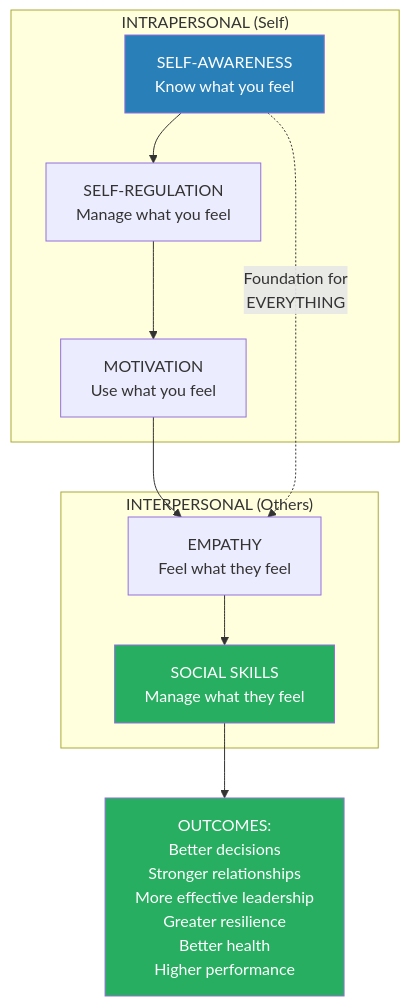
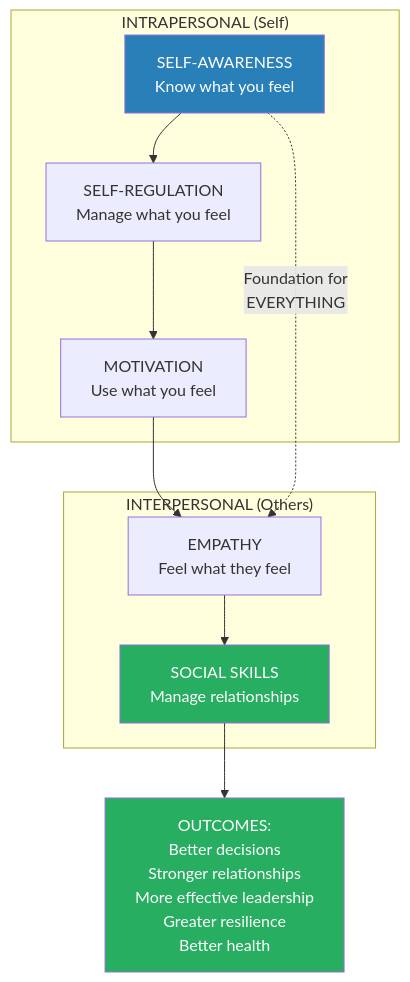
Before and after one commit to alius33/reader: the eighth of 8 diagrams in summaries/Psychology & Decision Making/Emotional Intelligence - Daniel Goleman.md, drawn with Mermaid. The commit also changed other lines of this file and 272 other files, not shown here.

````diff
--- a/summaries/Psychology & Decision Making/Emotional Intelligence - Daniel Goleman.md
+++ b/summaries/Psychology & Decision Making/Emotional Intelligence - Daniel Goleman.md
@@ -834,18 +1532,18 @@
 ```mermaid
 flowchart TD
     subgraph internal ["INTRAPERSONAL (Self)"]
-        SA["SELF-AWARENESS\nKnow what you feel"]
-        SR["SELF-REGULATION\nManage what you feel"]
-        M["MOTIVATION\nUse what you feel"]
+        SA["SELF-AWARENESS<br>Know what you feel"]
+        SR["SELF-REGULATION<br>Manage what you feel"]
+        M["MOTIVATION<br>Use what you feel"]
     end
     subgraph external ["INTERPERSONAL (Others)"]
-        E["EMPATHY\nFeel what they feel"]
-        SS["SOCIAL SKILLS\nManage what they feel"]
+        E["EMPATHY<br>Feel what they feel"]
+        SS["SOCIAL SKILLS<br>Manage relationships"]
     end
     SA --> SR --> M --> E --> SS
-    SA -.->|"Foundation for\nEVERYTHING"| E
-    SS --> RESULT["OUTCOMES:\nBetter decisions\nStronger relationships\nMore effective leadership\nGreater resilience\nBetter health\nHigher performance"]
+    SA -.->|"Foundation for<br>EVERYTHING"| E
+    SS --> RESULT["OUTCOMES:<br>Better decisions<br>Stronger relationships<br>More effective leadership<br>Greater resilience<br>Better health"]
     style SA fill:#2980b9,color:#fff
     style SS fill:#27ae60,color:#fff
     style RESULT fill:#27ae60,color:#fff
 ```
````
